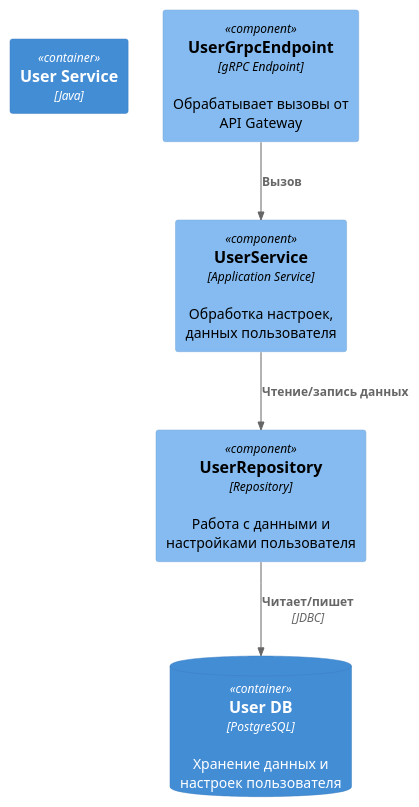
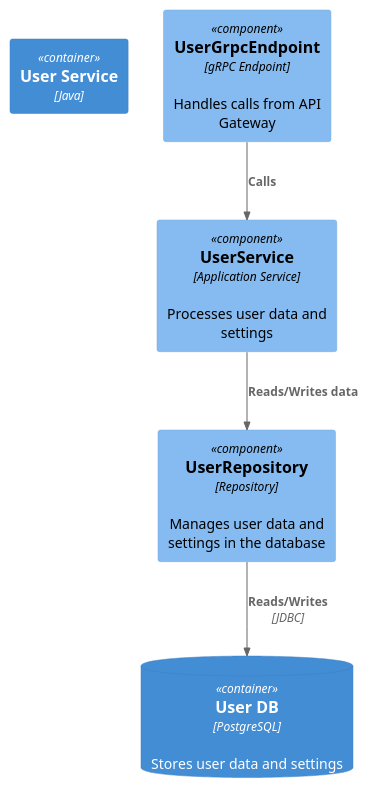
One commit to vladislavego/architecture-warmhouse changed the diagram in docs/diagrams/component/User_component.puml. Above: the diagram before and after it, drawn with PlantUML. The commit also changed 13 other files, not shown here.

```diff
--- a/docs/diagrams/component/User_component.puml
+++ b/docs/diagrams/component/User_component.puml
@@ -1,15 +1,15 @@
 @startuml UserService_Component
 !includeurl https://raw.githubusercontent.com/plantuml-stdlib/C4-PlantUML/master/C4_Component.puml
 
 Container(userService, "User Service", "Java")
 
-Component(api, "UserGrpcEndpoint", "gRPC Endpoint", "Обрабатывает вызовы от API Gateway")
-Component(service, "UserService", "Application Service", "Обработка настроек, данных пользователя")
-Component(repo, "UserRepository", "Repository", "Работа с данными и настройками пользователя")
-ContainerDb(userDb, "User DB", "PostgreSQL", "Хранение данных и настроек пользователя")
+Component(api, "UserGrpcEndpoint", "gRPC Endpoint", "Handles calls from API Gateway")
+Component(service, "UserService", "Application Service", "Processes user data and settings")
+Component(repo, "UserRepository", "Repository", "Manages user data and settings in the database")
+ContainerDb(userDb, "User DB", "PostgreSQL", "Stores user data and settings")
 
-Rel(api, service, "Вызов")
-Rel(service, repo, "Чтение/запись данных")
-Rel(repo, userDb, "Читает/пишет", "JDBC")
+Rel(api, service, "Calls")
+Rel(service, repo, "Reads/Writes data")
+Rel(repo, userDb, "Reads/Writes", "JDBC")
 
 @enduml
```
